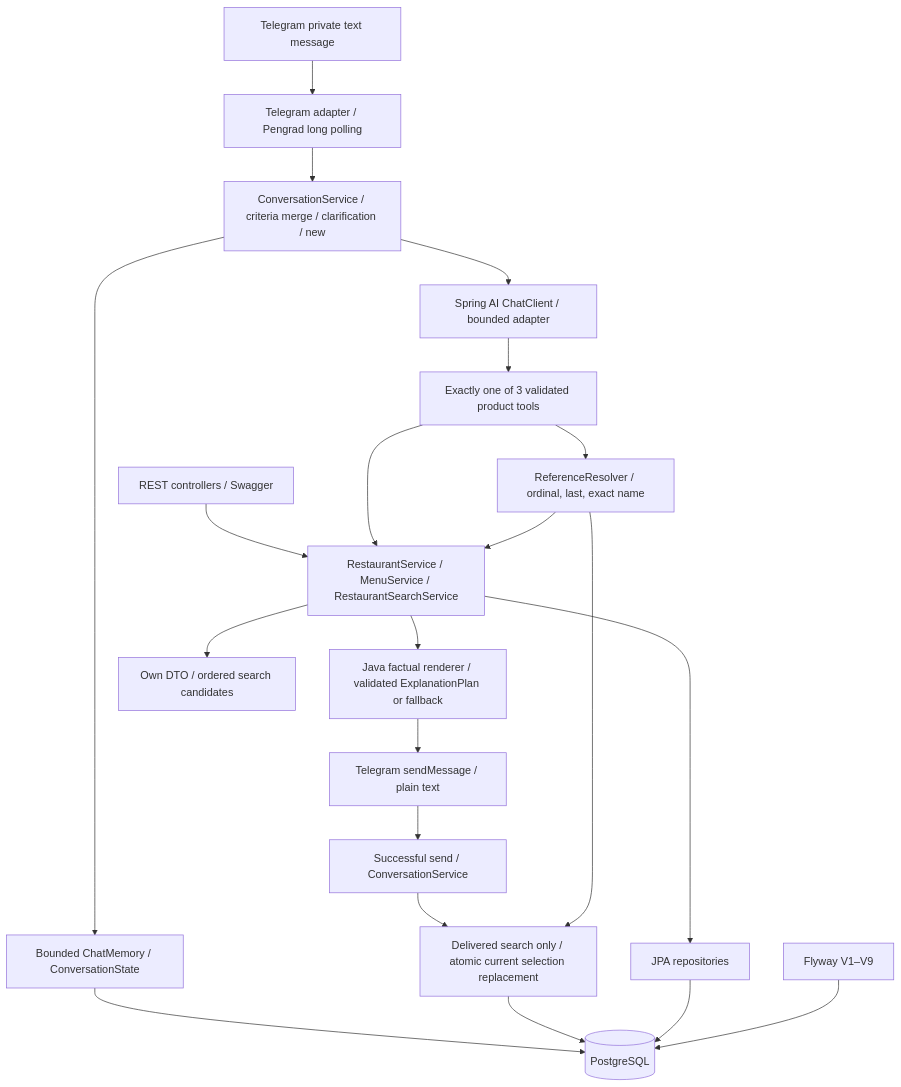
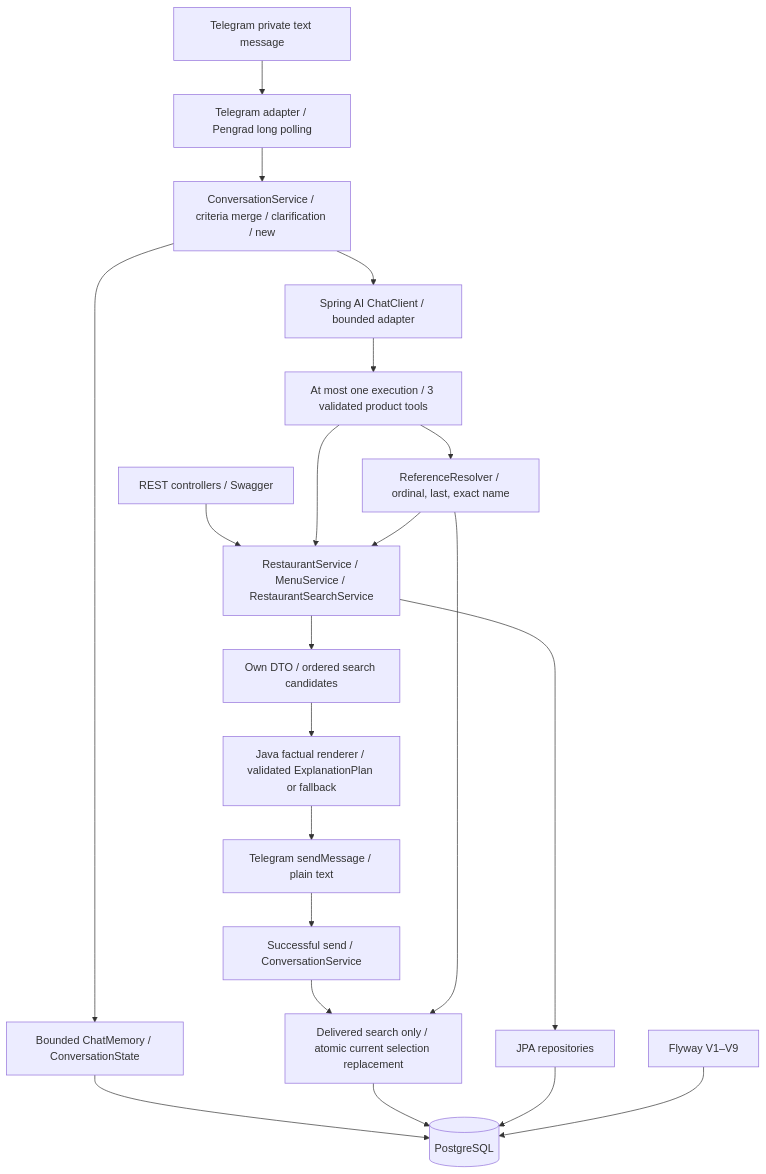
Before and after one commit to ilyakutarba-source/minsk-restaurant-ai-bot: the diagram in docs/ARCHITECTURE.md, drawn with Mermaid. The commit also changed 3 other files, not shown here.

````diff
--- a/docs/ARCHITECTURE.md
+++ b/docs/ARCHITECTURE.md
@@ -9,23 +9,23 @@
 ```mermaid
 flowchart TD
     TELEGRAM[Telegram private text message] --> TRANSPORT[Telegram adapter / Pengrad long polling]
     TRANSPORT --> CONVERSATION[ConversationService / criteria merge / clarification / new]
     CONVERSATION --> MEMORY[Bounded ChatMemory / ConversationState]
     MEMORY --> PG
     CONVERSATION --> AI
     REST[REST controllers / Swagger] --> SERVICES[RestaurantService / MenuService / RestaurantSearchService]
-    AI[Spring AI ChatClient / bounded adapter] --> TOOL[Exactly one of 3 validated product tools]
+    AI[Spring AI ChatClient / bounded adapter] --> TOOL[At most one execution / 3 validated product tools]
     TOOL --> SERVICES
     TOOL --> REFERENCE
-    SERVICES --> CARDS[Java factual renderer / validated ExplanationPlan or fallback]
+    SERVICES --> DTO[Own DTO / ordered search candidates]
+    DTO --> CARDS[Java factual renderer / validated ExplanationPlan or fallback]
     CARDS --> SEND[Telegram sendMessage / plain text]
     SEND --> DELIVERED[Successful send / ConversationService]
     DELIVERED --> SELECTION[Delivered search only / atomic current selection replacement]
     SELECTION --> PG
     REFERENCE[ReferenceResolver / ordinal, last, exact name] --> SELECTION
     REFERENCE --> SERVICES
-    SERVICES --> DTO[Own DTO / ordered search candidates]
     SERVICES --> JPA[JPA repositories]
     JPA --> PG[(PostgreSQL)]
     FLYWAY[Flyway V1–V9] --> PG
 ```
````
